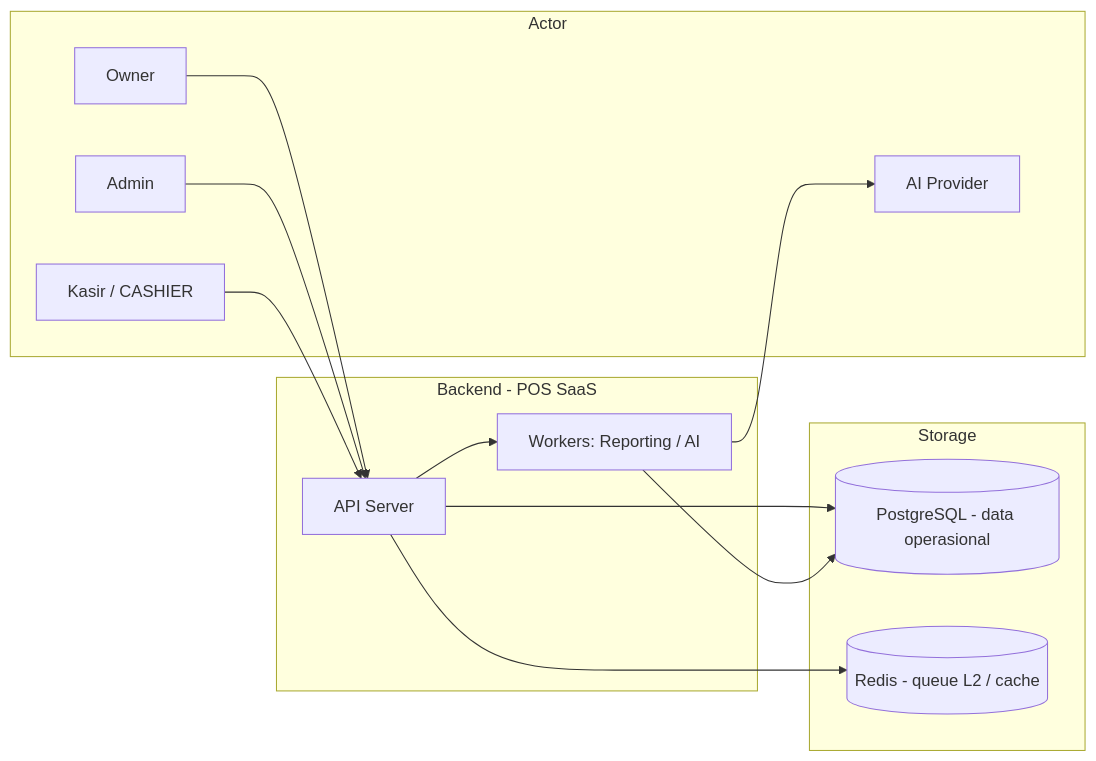
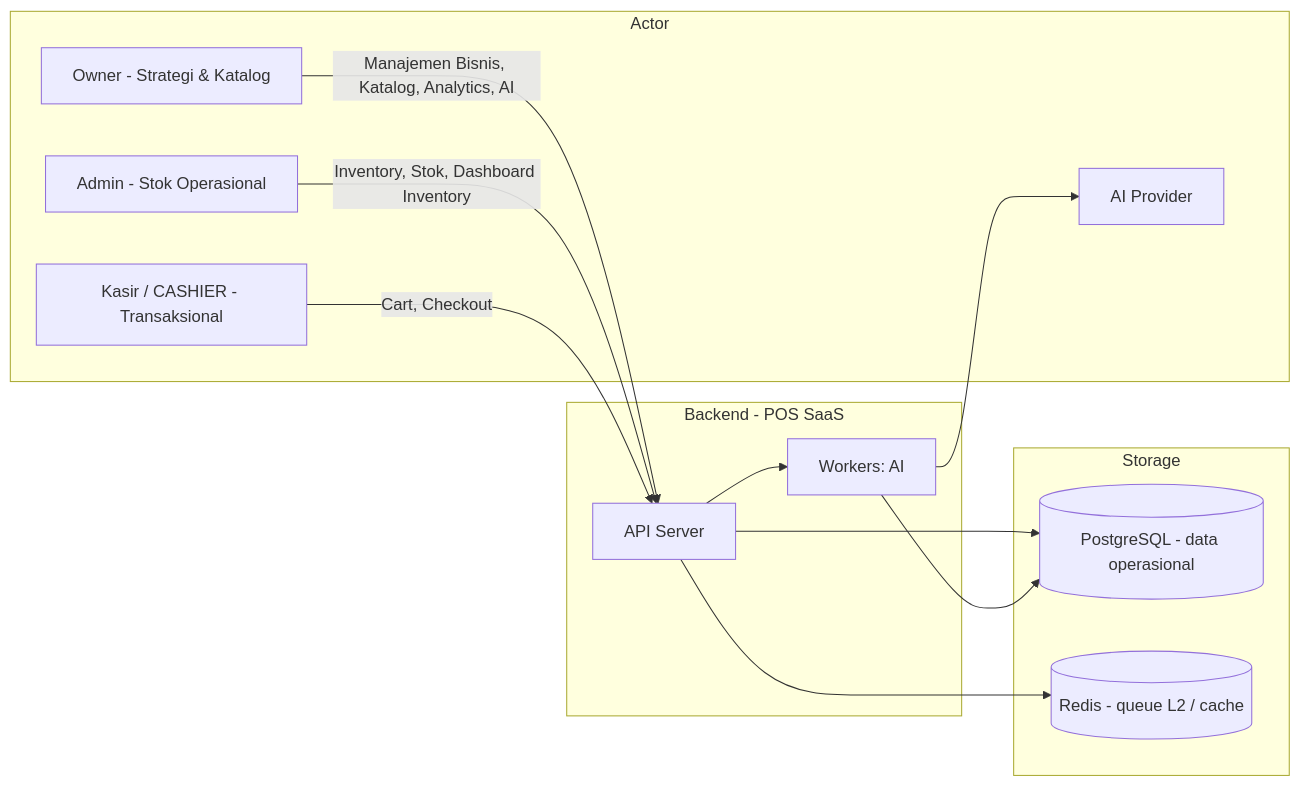
The first of 21 diagrams in docs/system-flow.md (TeamOneee/pos-project-be), drawn with Mermaid before and after one commit. The commit also changed other lines of this file and 9 other files, not shown here.

````diff
--- a/docs/system-flow.md
+++ b/docs/system-flow.md
@@ -20,26 +35,26 @@
 ```mermaid
 flowchart LR
     subgraph Actor
-        O[Owner] 
-        A[Admin]
-        K[Kasir / CASHIER]
+        O[Owner - Strategi & Katalog]
+        A[Admin - Stok Operasional]
+        K[Kasir / CASHIER - Transaksional]
         P[AI Provider]
     end
     subgraph System[Backend - POS SaaS]
         API[API Server]
-        W[Workers: Reporting / AI]
+        W[Workers: AI]
     end
     subgraph Storage
         DB[(PostgreSQL - data operasional)]
         REDIS[(Redis - queue L2 / cache)]
     end
 
-    O --> API
-    A --> API
-    K --> API
+    O -->|Manajemen Bisnis, Katalog, Analytics, AI| API
+    A -->|Inventory, Stok, Dashboard Inventory| API
+    K -->|Cart, Checkout| API
     API --> DB
     API --> REDIS
     API --> W
     W --> DB
     W --> P
 ```
````
